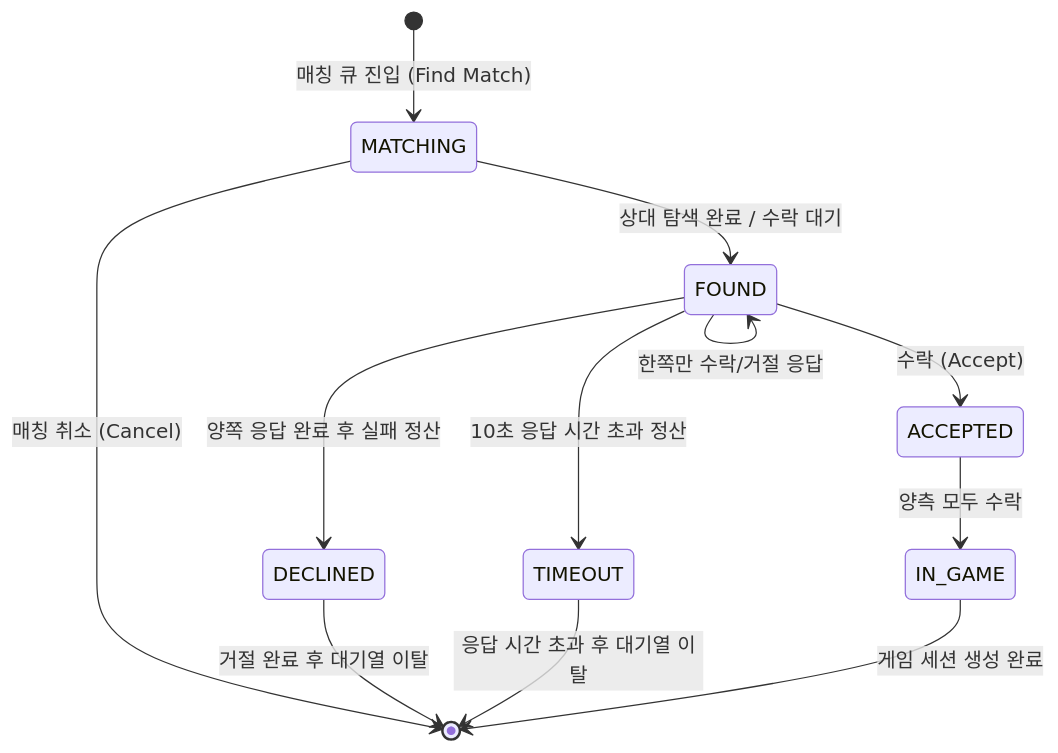
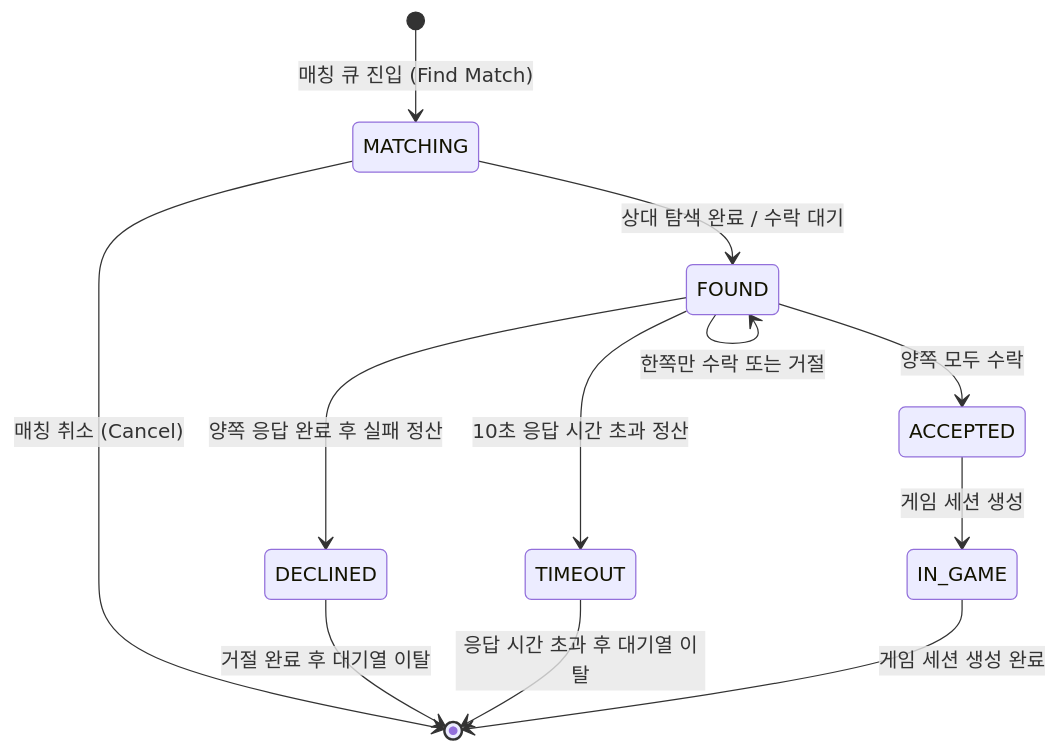
Before and after one commit to moonwhistle/League-of-Star: the second of 11 diagrams in docs/project/domain status.md, drawn with Mermaid. The commit also changed other lines of this file and 2 other files, not shown here.

````diff
--- a/docs/project/domain status.md
+++ b/docs/project/domain status.md
@@ -23,17 +30,17 @@
 ```mermaid
 stateDiagram-v2
     [*] --> MATCHING: 매칭 큐 진입 (Find Match)
     MATCHING --> [*]: 매칭 취소 (Cancel)
     MATCHING --> FOUND: 상대 탐색 완료 / 수락 대기
 
-    FOUND --> ACCEPTED: 수락 (Accept)
-    FOUND --> FOUND: 한쪽만 수락/거절 응답
+    FOUND --> FOUND: 한쪽만 수락 또는 거절
+    FOUND --> ACCEPTED: 양쪽 모두 수락
     FOUND --> DECLINED: 양쪽 응답 완료 후 실패 정산
     FOUND --> TIMEOUT: 10초 응답 시간 초과 정산
 
-    ACCEPTED --> IN_GAME: 양측 모두 수락
+    ACCEPTED --> IN_GAME: 게임 세션 생성
     DECLINED --> [*]: 거절 완료 후 대기열 이탈
     TIMEOUT --> [*]: 응답 시간 초과 후 대기열 이탈
 
     IN_GAME --> [*]: 게임 세션 생성 완료
 ```
````
